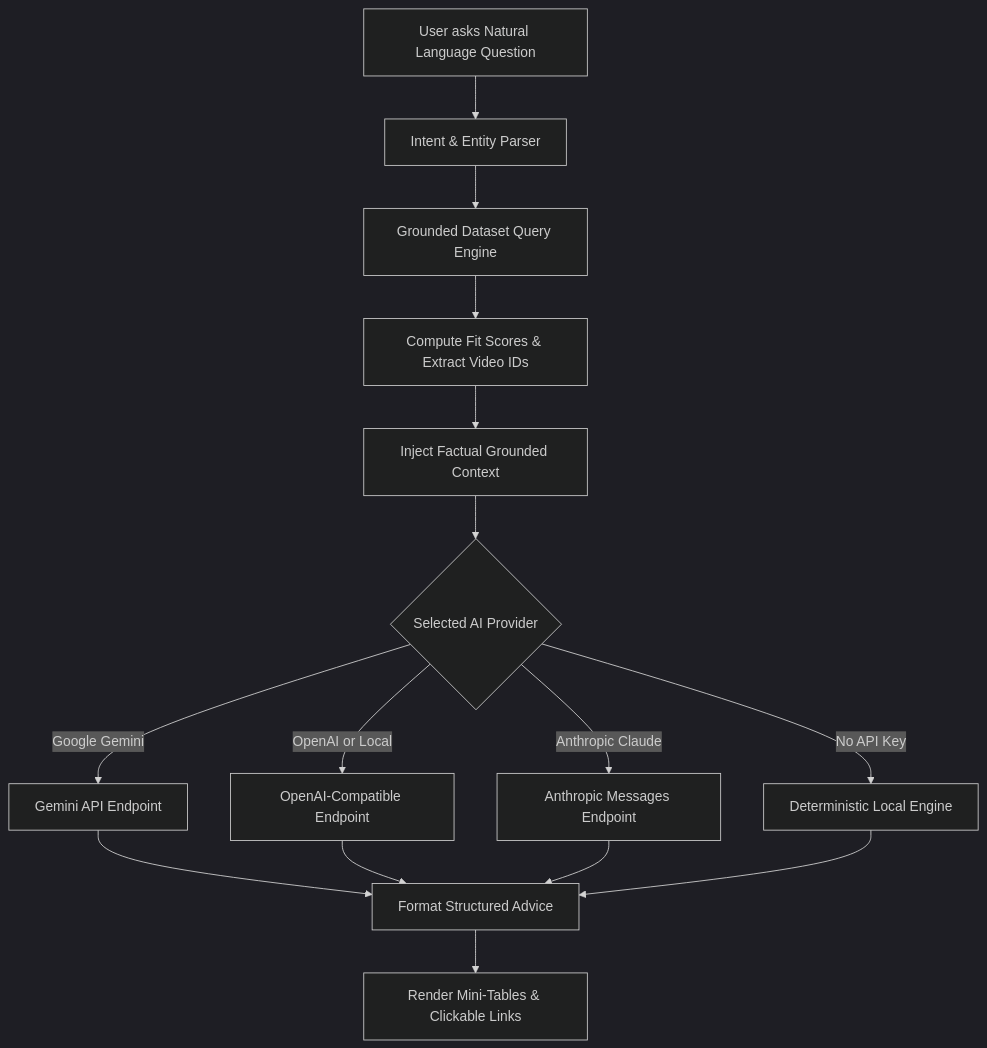
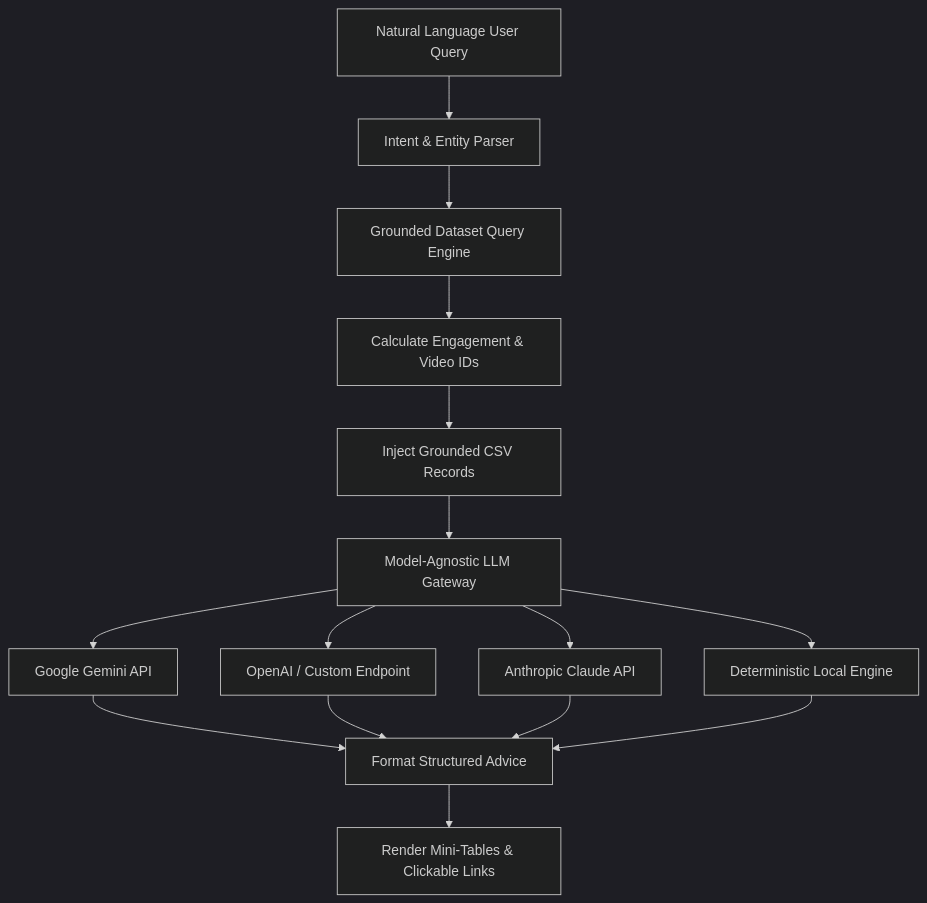
One commit to nikkineurons/GHE_Fall_2026 changed the diagram in README.md. Above: the diagram before and after it, drawn with Mermaid (dark theme). The commit also changed other lines of this file, not shown here.

Commit message:
fix(docs): use bulletproof graph TD syntax for Mermaid diagram in README

````diff
--- a/README.md
+++ b/README.md
@@ -54,17 +61,17 @@
 ```mermaid
-flowchart TD
-    A["User asks Natural Language Question"] --> B["Intent & Entity Parser"]
-    B --> C["Grounded Dataset Query Engine"]
-    C --> D["Compute Fit Scores & Extract Video IDs"]
-    D --> E["Inject Factual Grounded Context"]
-    E --> F{"Selected AI Provider"}
-    F -->|Google Gemini| G["Gemini API Endpoint"]
-    F -->|OpenAI or Local| H["OpenAI-Compatible Endpoint"]
-    F -->|Anthropic Claude| I["Anthropic Messages Endpoint"]
-    F -->|No API Key| J["Deterministic Local Engine"]
-    G --> K["Format Structured Advice"]
+graph TD
+    A[Natural Language User Query] --> B[Intent & Entity Parser]
+    B --> C[Grounded Dataset Query Engine]
+    C --> D[Calculate Engagement & Video IDs]
+    D --> E[Inject Grounded CSV Records]
+    E --> F[Model-Agnostic LLM Gateway]
+    F --> G[Google Gemini API]
+    F --> H[OpenAI / Custom Endpoint]
+    F --> I[Anthropic Claude API]
+    F --> J[Deterministic Local Engine]
+    G --> K[Format Structured Advice]
     H --> K
     I --> K
     J --> K
-    K --> L["Render Mini-Tables & Clickable Links"]
+    K --> L[Render Mini-Tables & Clickable Links]
 ```
````
